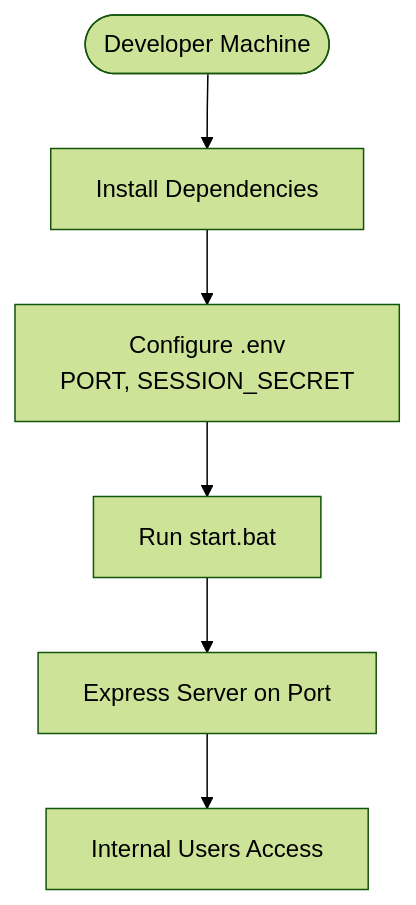
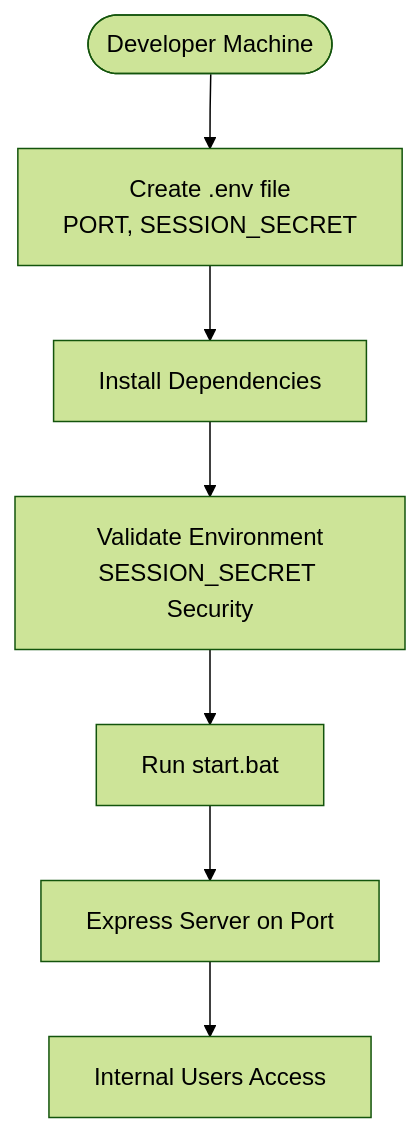
Before and after one commit to rendisiagian/TDS_by_RENDISIAGIAN: the eighth of 8 diagrams in .qoder/repowiki/en/content/Development Guidelines.md, drawn with Mermaid (forest theme). The commit also changed other lines of this file and 13 other files, not shown here.

First line of the commit message:
docs(env): enhance environment configuration with .env and security validation

````diff
--- a/.qoder/repowiki/en/content/Development Guidelines.md
+++ b/.qoder/repowiki/en/content/Development Guidelines.md
@@ -345,8 +373,9 @@
 ```mermaid
 flowchart TD
-Dev(["Developer Machine"]) --> Build["Install Dependencies"]
-Build --> Config["Configure .env<br/>PORT, SESSION_SECRET"]
-Config --> Start["Run start.bat"]
+Dev(["Developer Machine"]) --> EnvFile["Create .env file<br/>PORT, SESSION_SECRET"]
+EnvFile --> Install["Install Dependencies"]
+Install --> Validate["Validate Environment<br/>SESSION_SECRET Security"]
+Validate --> Start["Run start.bat"]
 Start --> Serve["Express Server on Port"]
 Serve --> Users["Internal Users Access"]
 ```
````
